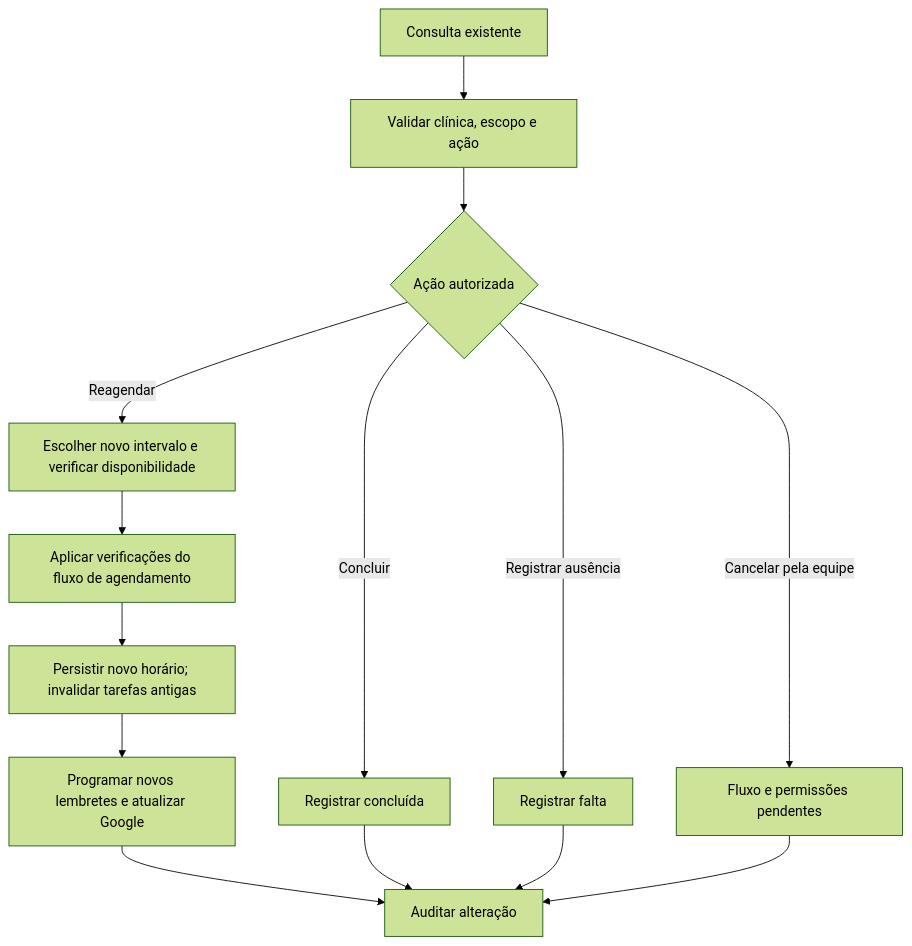
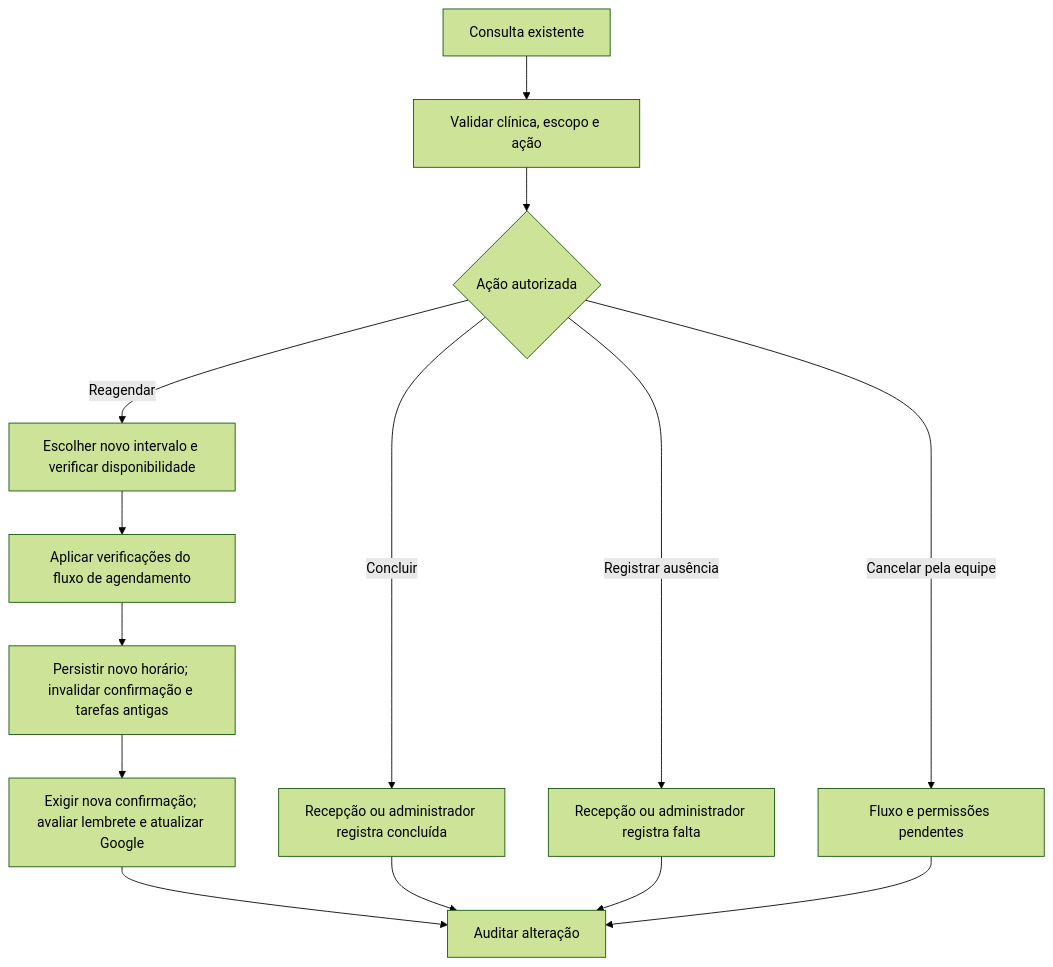
One commit to ArthurSarva/IntegraConsultas changed the fifth of 7 diagrams in docs/fluxograma-sistema.md. Above: the diagram before and after it, drawn with Mermaid (forest theme). The commit also changed other lines of this file, not shown here.

Commit message:
docs: atualizar fluxos de cancelamento, reagendamento e conflito Google

````diff
--- a/docs/fluxograma-sistema.md
+++ b/docs/fluxograma-sistema.md
@@ -122,16 +122,16 @@
 ```mermaid
 flowchart TD
     A["Consulta existente"] --> B["Validar clínica, escopo e ação"]
     B --> C{"Ação autorizada"}
     C -->|Reagendar| D["Escolher novo intervalo e verificar disponibilidade"]
     D --> E["Aplicar verificações do fluxo de agendamento"]
-    E --> F["Persistir novo horário; invalidar tarefas antigas"]
-    F --> G["Programar novos lembretes e atualizar Google"]
-    C -->|Concluir| H["Registrar concluída"]
-    C -->|Registrar ausência| I["Registrar falta"]
+    E --> F["Persistir novo horário; invalidar confirmação e tarefas antigas"]
+    F --> G["Exigir nova confirmação; avaliar lembrete e atualizar Google"]
+    C -->|Concluir| H["Recepção ou administrador registra concluída"]
+    C -->|Registrar ausência| I["Recepção ou administrador registra falta"]
     C -->|Cancelar pela equipe| J["Fluxo e permissões pendentes"]
     G --> K["Auditar alteração"]
     H --> K
     I --> K
     J --> K
 ```
````
